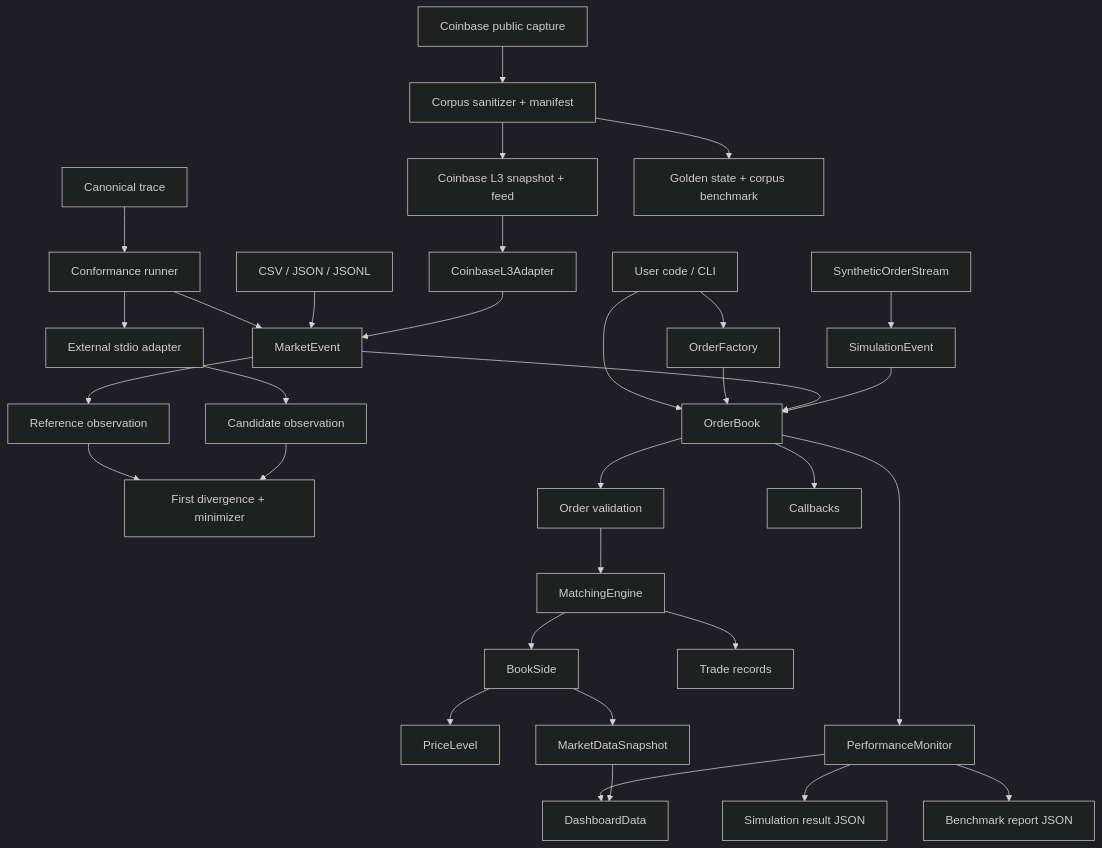
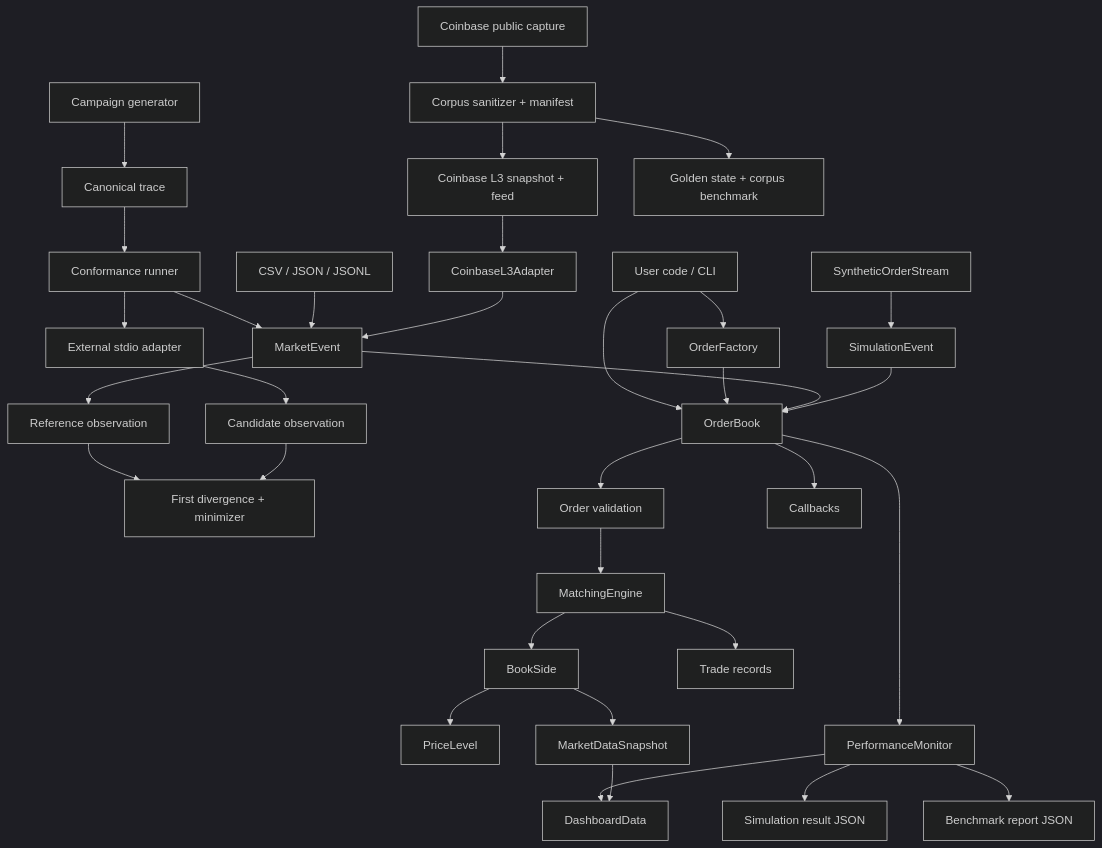
Before and after one commit to Taz33m/tracebook: the second of 3 diagrams in docs/architecture.md, drawn with Mermaid (dark theme). The commit also changed other lines of this file and 22 other files, not shown here.

````diff
--- a/docs/architecture.md
+++ b/docs/architecture.md
@@ -26,34 +28,35 @@
 ```mermaid
 flowchart TD
     A["User code / CLI"] --> B["OrderFactory"]
     X["Canonical trace"] --> Y["Conformance runner"]
+    AG["Campaign generator"] --> X
     Y --> R
     Y --> Z["External stdio adapter"]
     R --> AA["Reference observation"]
     Z --> AB["Candidate observation"]
     AA --> AC["First divergence + minimizer"]
     AB --> AC
     A --> C["OrderBook"]
     B --> C
     C --> D["Order validation"]
     D --> E["MatchingEngine"]
     E --> F["BookSide"]
     F --> G["PriceLevel"]
     E --> H["Trade records"]
     F --> I["MarketDataSnapshot"]
     J["SyntheticOrderStream"] --> K["SimulationEvent"]
     Q["CSV / JSON / JSONL"] --> R["MarketEvent"]
     S["Coinbase L3 snapshot + feed"] --> T["CoinbaseL3Adapter"]
     U["Coinbase public capture"] --> V["Corpus sanitizer + manifest"]
     V --> S
     V --> W["Golden state + corpus benchmark"]
     T --> R
     R --> C
     K --> C
     C --> L["Callbacks"]
     C --> M["PerformanceMonitor"]
     M --> N["Simulation result JSON"]
     M --> O["Benchmark report JSON"]
     M --> P["DashboardData"]
     I --> P
 ```
````
